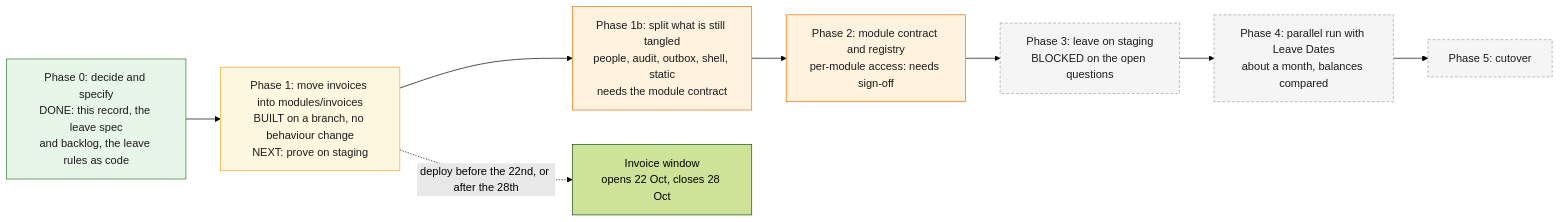
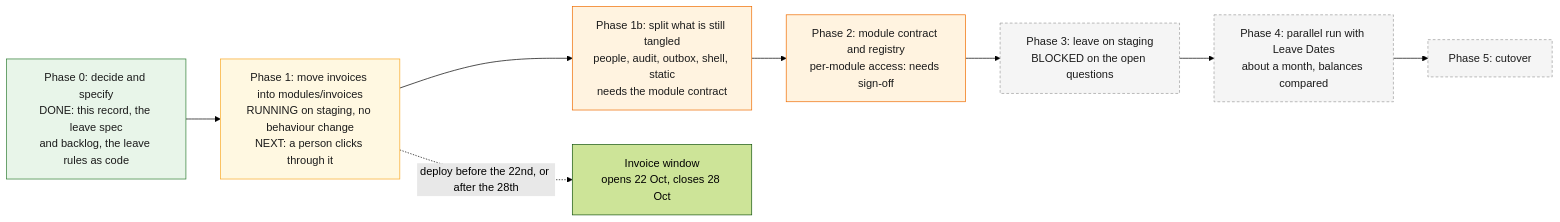
The second of 2 diagrams in docs/decisions/0001-modular-hub.md (Lucasamorales/contractor-invoice-portal), drawn with Mermaid (forest theme) before and after one commit. The commit also changed other lines of this file and 2 other files, not shown here.

First line of the commit message:
docs: Phase 1 is running on staging

````diff
--- a/docs/decisions/0001-modular-hub.md
+++ b/docs/decisions/0001-modular-hub.md
@@ -109,23 +109,23 @@
 ```mermaid
 flowchart LR
     p0["Phase 0: decide and specify<br/>DONE: this record, the leave spec<br/>and backlog, the leave rules as code"]
-    p1["Phase 1: move invoices into modules/invoices<br/>BUILT on a branch, no behaviour change<br/>NEXT: prove on staging"]
+    p1["Phase 1: move invoices into modules/invoices<br/>RUNNING on staging, no behaviour change<br/>NEXT: a person clicks through it"]
     p1b["Phase 1b: split what is still tangled<br/>people, audit, outbox, shell, static<br/>needs the module contract"]
     p2["Phase 2: module contract and registry<br/>per-module access: needs sign-off"]
     p3["Phase 3: leave on staging<br/>BLOCKED on the open questions"]
     p4["Phase 4: parallel run with Leave Dates<br/>about a month, balances compared"]
     p5["Phase 5: cutover"]
     win["Invoice window<br/>opens 22 Oct, closes 28 Oct"]
 
     p0 --> p1 --> p1b --> p2 --> p3 --> p4 --> p5
     p1 -.->|"deploy before the 22nd, or after the 28th"| win
 
     classDef done fill:#e8f5e9,stroke:#2e7d32,color:#1b1b1b
     classDef branch fill:#fff8e1,stroke:#f9a825,color:#1b1b1b
     classDef needs fill:#fff3e0,stroke:#ef6c00,color:#1b1b1b
     classDef blocked fill:#f5f5f5,stroke:#9e9e9e,stroke-dasharray: 4 3,color:#1b1b1b
     class p0 done
     class p1 branch
     class p1b,p2 needs
     class p3,p4,p5 blocked
 ```
````
